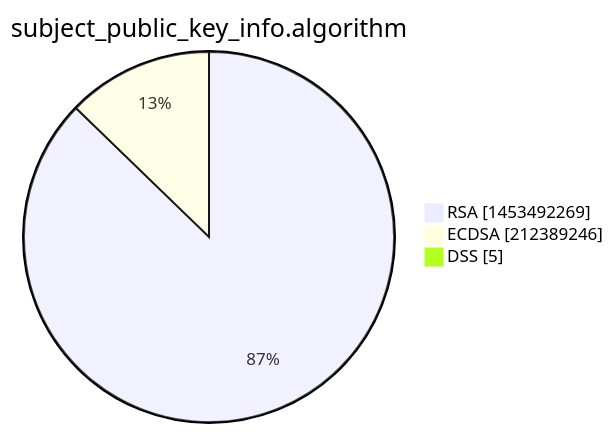
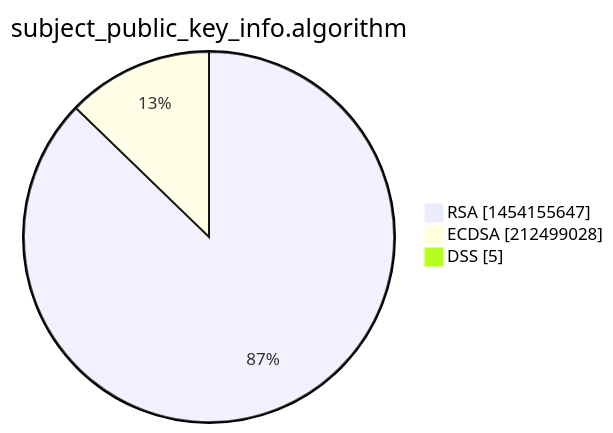
Before and after one commit to christiankrug/ctmonitor_visualization: the third of 15 diagrams in xenon2022/README.md, drawn with Mermaid. The commit also changed other lines of this file, not shown here.

````diff
--- a/xenon2022/README.md
+++ b/xenon2022/README.md
@@ -14,7 +14,7 @@
 ```mermaid
 pie showData
 title subject_public_key_info.algorithm
-"RSA" :1453492269
-"ECDSA" :212389246
+"RSA" :1454155647
+"ECDSA" :212499028
 "DSS" :5
 ```
````
